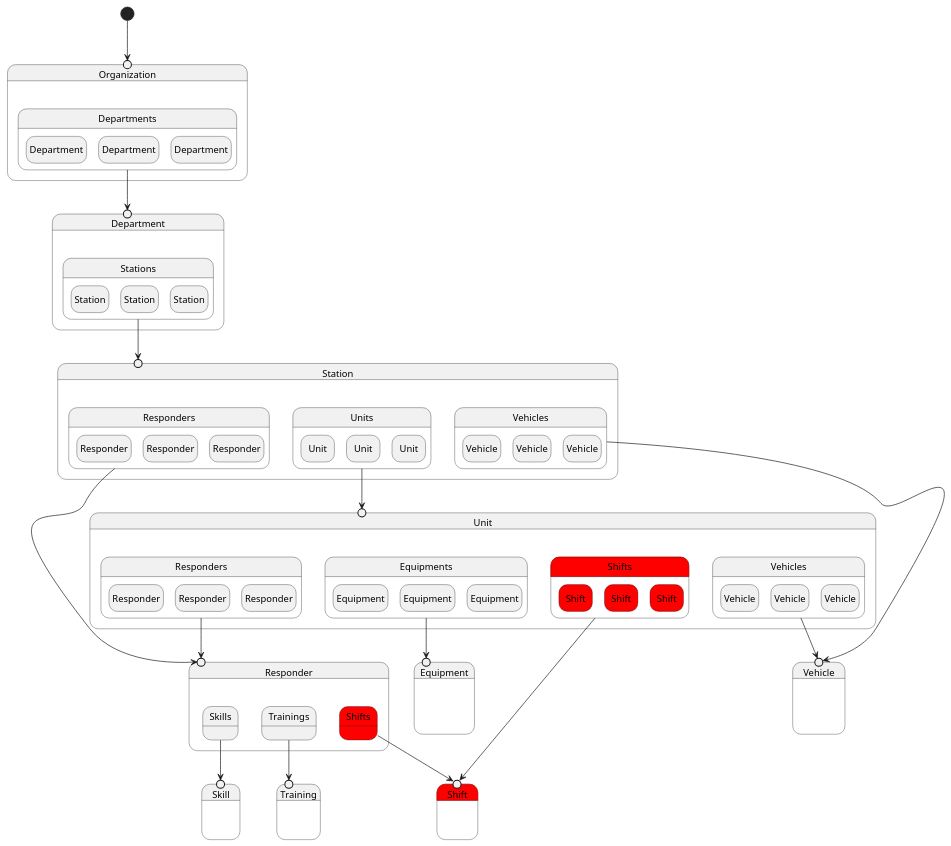
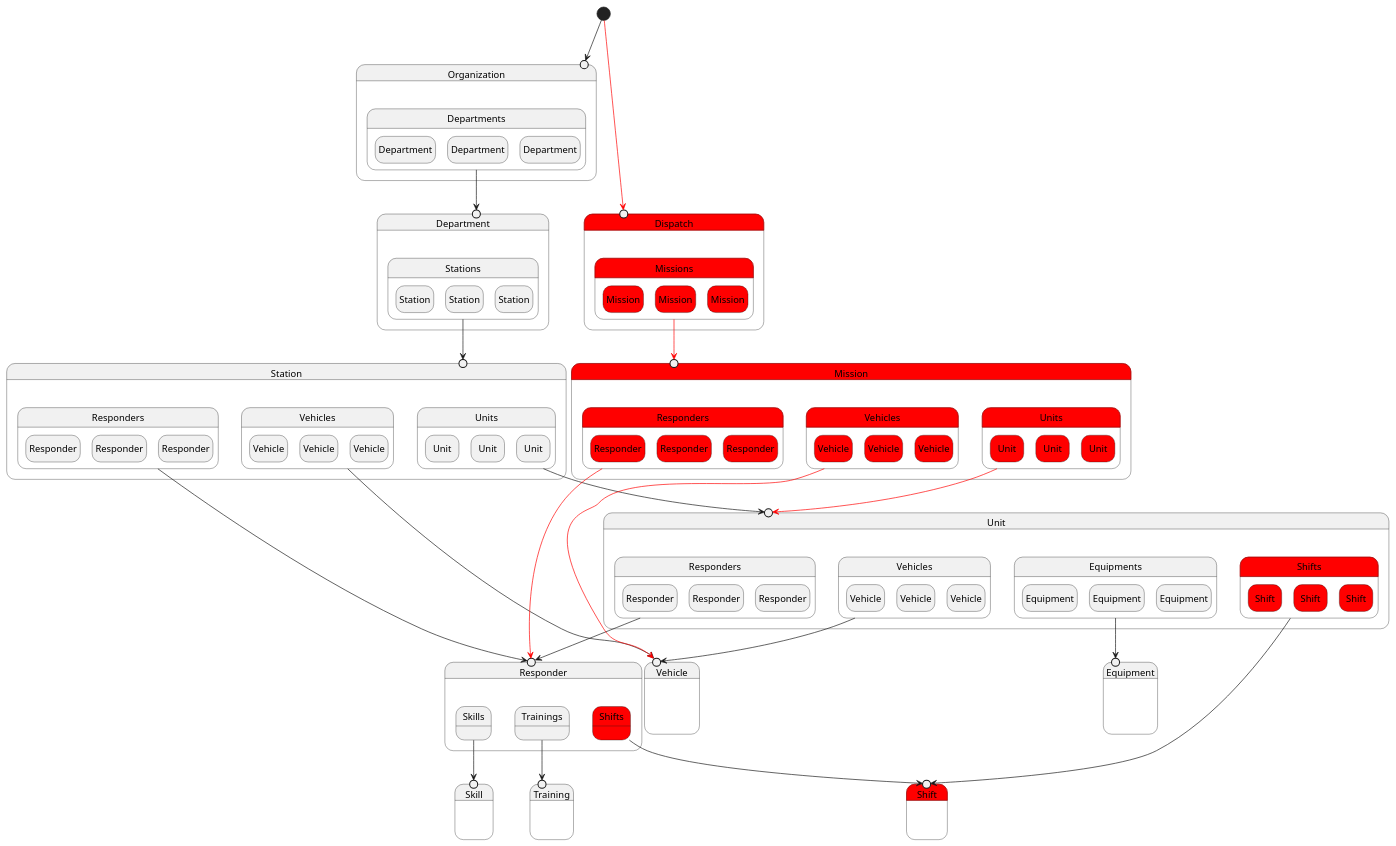
The diagram in resources/uml/userInterface.puml (LorenzoLaCognata/StationToCommand), drawn with PlantUML before and after one commit. The commit also changed 18 other files, not shown here.

```diff
--- a/resources/uml/userInterface.puml
+++ b/resources/uml/userInterface.puml
@@ -1,109 +1,144 @@
 @startuml
 
 hide empty description
 
 state Organization {
   state " " as OrganizationEntry <<entryPoint>>
   state "Departments" as Departments {
     state "Department" as Department1
     state "Department" as Department2
     state "Department" as Department3
   }
 }
 state Department {
   state " " as DepartmentEntry <<entryPoint>>
   state "Stations" as StationsByDepartment {
     state "Station" as StationByDepartment1
     state "Station" as StationByDepartment2
     state "Station" as StationByDepartment3
   }
 }
 state Station {
   state " " as StationEntry <<entryPoint>>
   state "Units" as UnitsByStation {
     state "Unit" as UnitByStation1
     state "Unit" as UnitByStation2
     state "Unit" as UnitByStation3
   }
   state "Responders" as RespondersByStation {
     state "Responder" as ResponderByStation1
     state "Responder" as ResponderByStation2
     state "Responder" as ResponderByStation3
   }
   state "Vehicles" as VehiclesByStation {
     state "Vehicle" as VehicleByStation1
     state "Vehicle" as VehicleByStation2
     state "Vehicle" as VehicleByStation3
   }
 }
 state Unit {
   state " " as UnitEntry <<entryPoint>>
   state "Responders" as RespondersByUnit {
     state "Responder" as ResponderByUnit1
     state "Responder" as ResponderByUnit2
     state "Responder" as ResponderByUnit3
   }
   state "Shifts" as ShiftsByUnit #red {
     state "Shift" as ShiftByUnit1 #red
     state "Shift" as ShiftByUnit2 #red
     state "Shift" as ShiftByUnit3 #red
   }
   state "Vehicles" as VehiclesByUnit {
     state "Vehicle" as VehicleByUnit1
     state "Vehicle" as VehicleByUnit2
     state "Vehicle" as VehicleByUnit3
   }
   state "Equipments" as EquipmentsByUnit {
     state "Equipment" as EquipmentByUnit1
     state "Equipment" as EquipmentByUnit2
     state "Equipment" as EquipmentByUnit3
   }
 }
 state Responder {
   state " " as ResponderEntry <<entryPoint>>
   state "Shifts" as ShiftsByResponder #red {
   }
   state "Skills" as SkillsByResponder {
   }
   state "Trainings" as TrainingsByResponder {
   }
 }
 state Vehicle {
   state " " as VehicleEntry <<entryPoint>>
 }
 state Equipment {
   state " " as EquipmentEntry <<entryPoint>>
 }
 state Training {
   state " " as TrainingEntry <<entryPoint>>
 }
 state Skill {
   state " " as SkillEntry <<entryPoint>>
 }
 state Shift #red{
   state " " as ShiftEntry <<entryPoint>>
 }
-'state Mission
+state Dispatch #red {
+  state " " as DispatchEntry <<entryPoint>>
+  state "Missions" as Missions #red {
+    state "Mission" as Mission1 #red
+    state "Mission" as Mission2 #red
+    state "Mission" as Mission3 #red
+  }
+}
 
+state Mission #red {
+  state " " as MissionEntry <<entryPoint>>
+  state "Units" as UnitsByMission #red {
+    state "Unit" as UnitByMission1 #red
+    state "Unit" as UnitByMission2 #red
+    state "Unit" as UnitByMission3 #red
+  }
+  state "Responders" as RespondersByMission #red {
+    state "Responder" as ResponderByMission1 #red
+    state "Responder" as ResponderByMission2 #red
+    state "Responder" as ResponderByMission3 #red
+  }
+  state "Vehicles" as VehiclesByMission #red {
+    state "Vehicle" as VehicleByMission1 #red
+    state "Vehicle" as VehicleByMission2 #red
+    state "Vehicle" as VehicleByMission3 #red
+  }
+}
 
 [*] --> OrganizationEntry
 
 Departments --> DepartmentEntry
 
 StationsByDepartment --> StationEntry
 
 UnitsByStation --> UnitEntry
 
 RespondersByStation --> ResponderEntry
 VehiclesByStation --> VehicleEntry
 
 RespondersByUnit --> ResponderEntry
 ShiftsByUnit --> ShiftEntry
 VehiclesByUnit --> VehicleEntry
 EquipmentsByUnit --> EquipmentEntry
 
 ShiftsByResponder --> ShiftEntry
 SkillsByResponder --> SkillEntry
 TrainingsByResponder --> TrainingEntry
 
+[*] -[#red]-> DispatchEntry
+
+Missions -[#red]-> MissionEntry
+
+UnitsByMission -[#red]-> UnitEntry
+
+RespondersByMission -[#red]-> ResponderEntry
+VehiclesByMission -[#red]-> VehicleEntry
+
+
 @enduml
```
